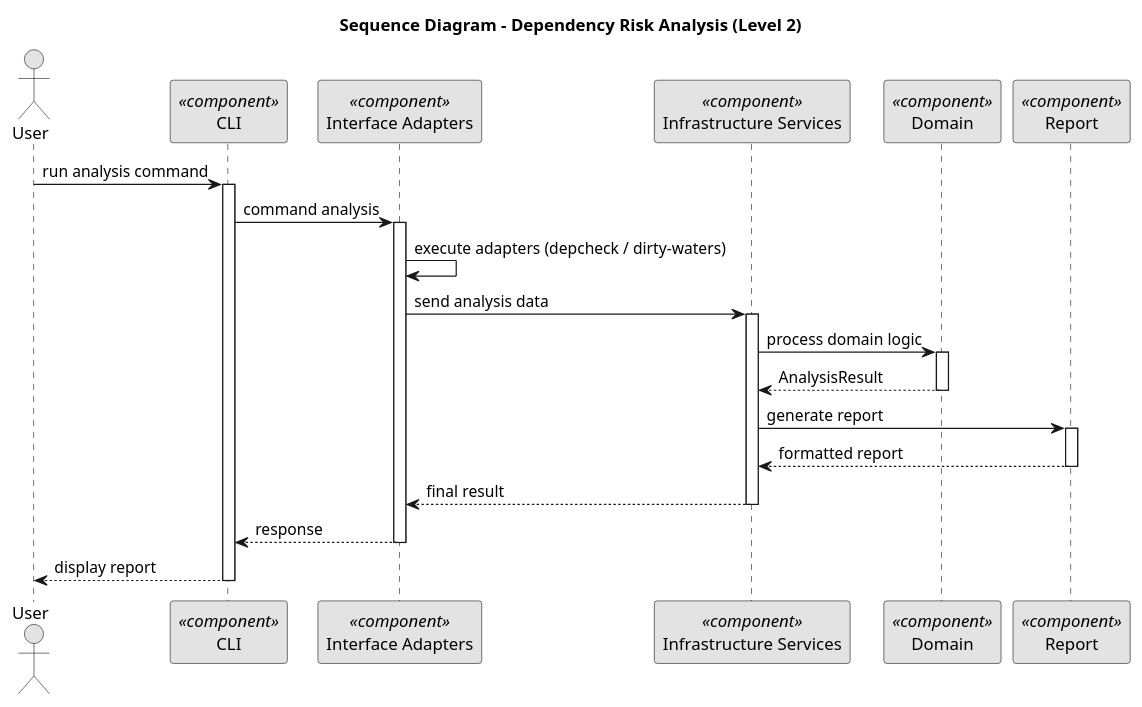
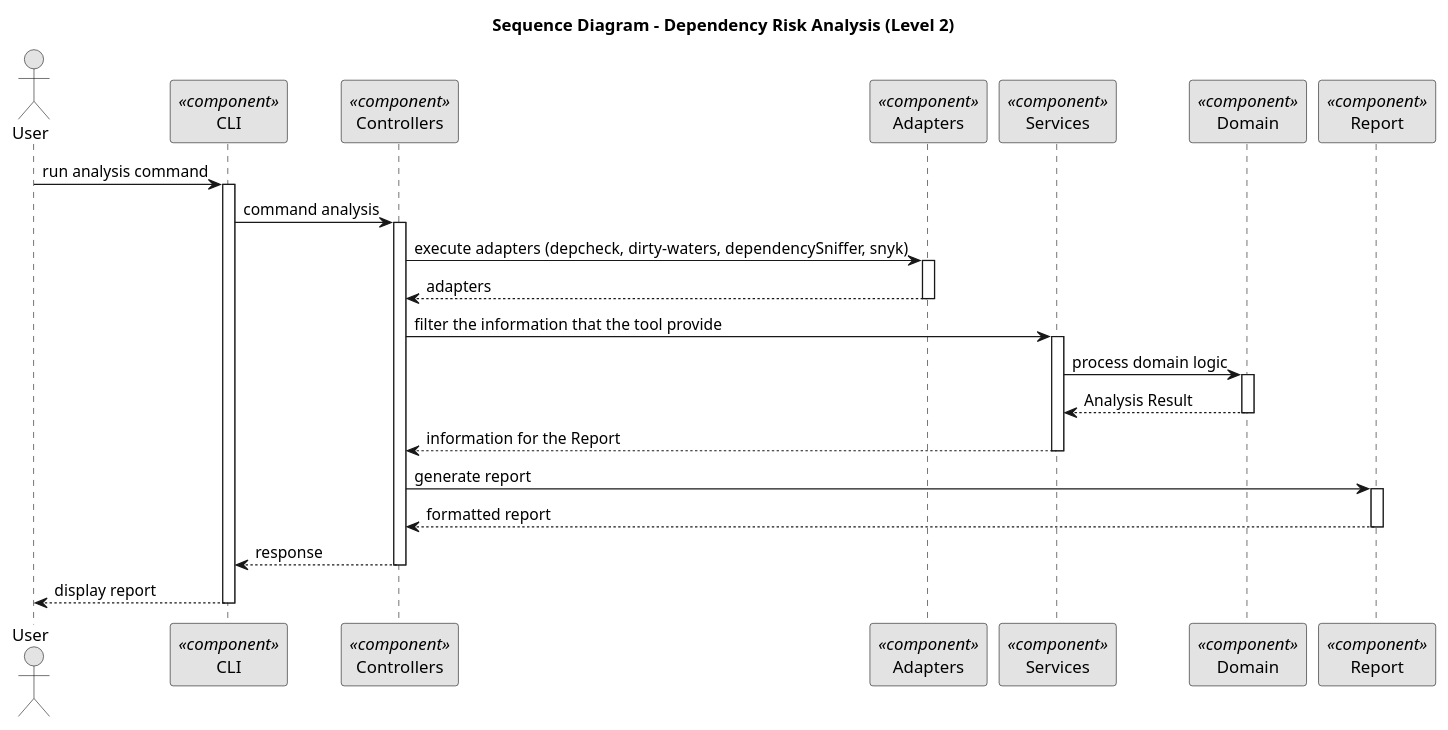
Before and after one commit to RafiLS/DependencyTool: the diagram in Docs/sequence diagram-level2-Analysis.puml, drawn with PlantUML. The commit also changed 1 other file, not shown here.

```diff
--- a/Docs/sequence diagram-level2-Analysis.puml
+++ b/Docs/sequence diagram-level2-Analysis.puml
@@ -1,44 +1,50 @@
 @startuml
 
 title Sequence Diagram - Dependency Risk Analysis (Level 2)
 skinparam monochrome true
 skinparam shadowing false
 
 actor User
 participant "CLI" as CLI <<component>>
-participant "Interface Adapters" as CTRL <<component>>
-participant "Infrastructure Services" as SRV <<component>>
+participant "Controllers" as CTRL <<component>>
+participant "Adapters" as Adapters <<component>>
+participant "Services" as SRV <<component>>
 participant "Domain" as DOM <<component>>
 participant "Report" as Report <<component>>
 
 User -> CLI : run analysis command
 activate CLI
 
 CLI -> CTRL : command analysis
 activate CTRL
 
-CTRL -> CTRL : execute adapters (depcheck / dirty-waters)
+CTRL -> Adapters : execute adapters (depcheck, dirty-waters, dependencySniffer, snyk)
+activate Adapters
 
-CTRL -> SRV : send analysis data
+Adapters --> CTRL : adapters
+deactivate Adapters
+
+CTRL -> SRV : filter the information that the tool provide
 activate SRV
 
 SRV -> DOM : process domain logic
 activate DOM
-DOM --> SRV : AnalysisResult
+DOM --> SRV : Analysis Result
 deactivate DOM
 
-SRV -> Report : generate report
+SRV --> CTRL : information for the Report
+deactivate SRV
+
+CTRL -> Report : generate report
 activate Report
-Report --> SRV : formatted report
+
+Report --> CTRL : formatted report
 deactivate Report
-
-SRV --> CTRL : final result
-deactivate SRV
 
 CTRL --> CLI : response
 deactivate CTRL
 
 CLI --> User : display report
 deactivate CLI
 
 @enduml
```
